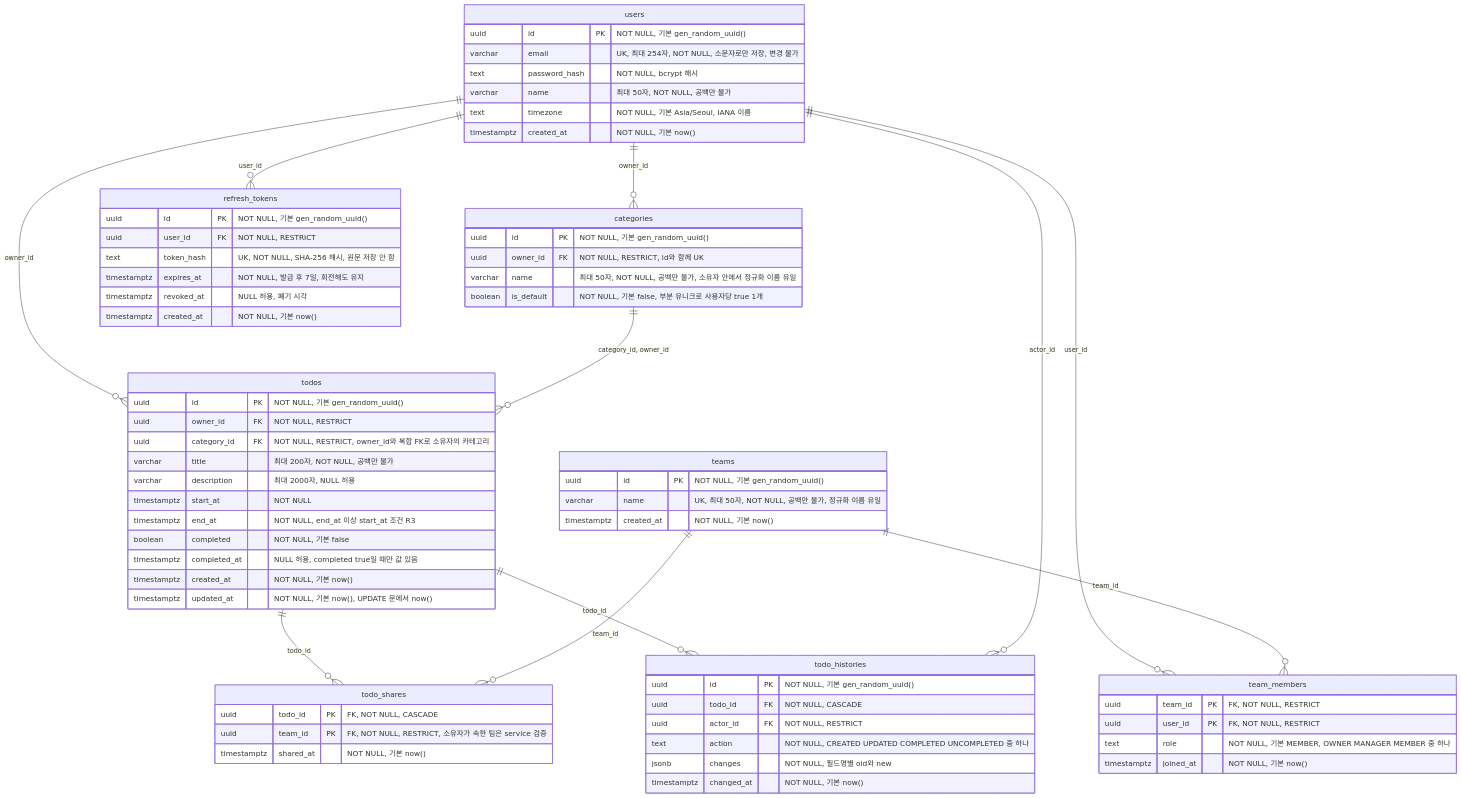
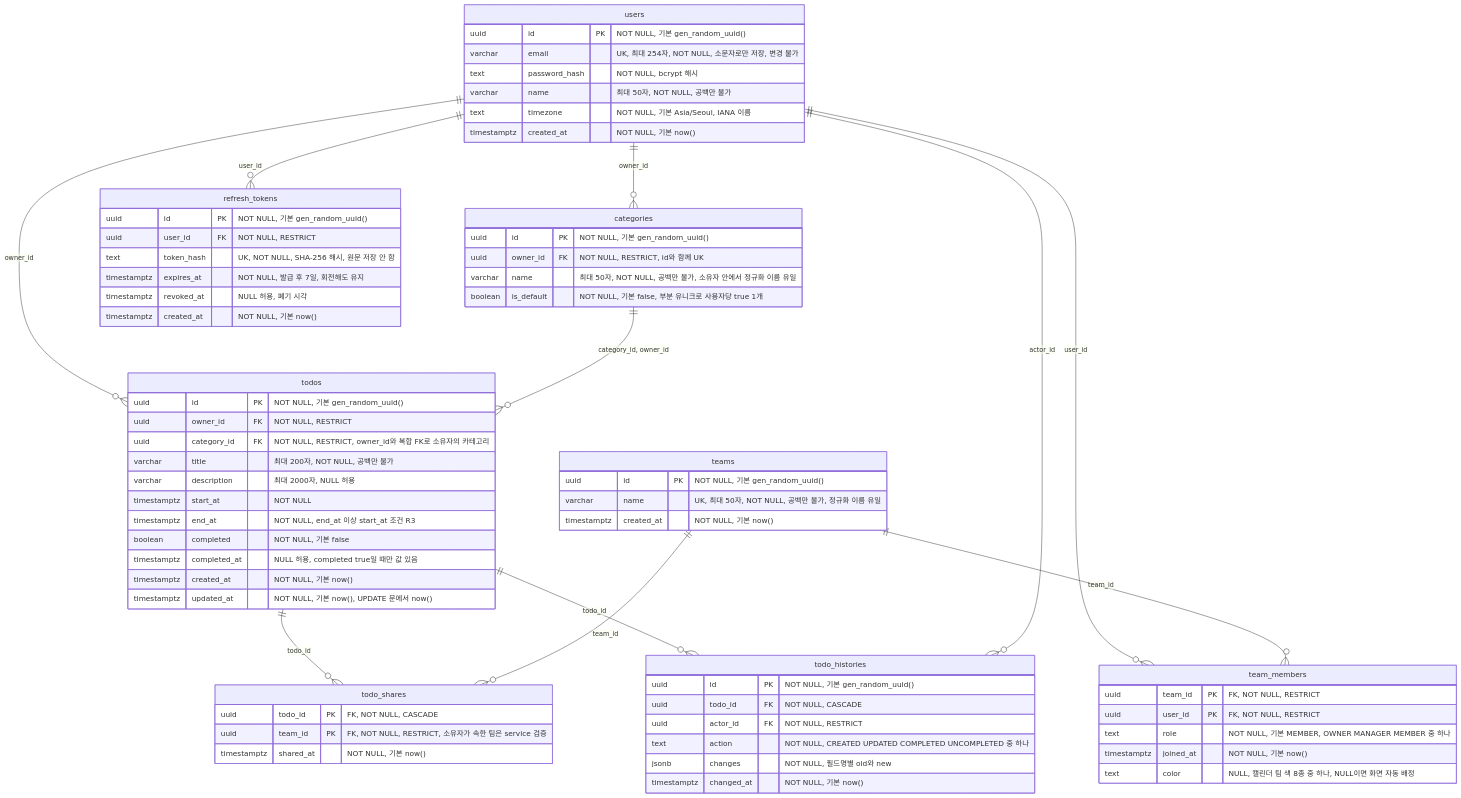
Before and after one commit to hjining-o/todolist-app: the diagram in docs/7-erd.md, drawn with Mermaid. The commit also changed other lines of this file and 11 other files, not shown here.

````diff
--- a/docs/7-erd.md
+++ b/docs/7-erd.md
@@ -37,73 +37,74 @@
 ```mermaid
 erDiagram
     users ||--o{ categories : "owner_id"
     users ||--o{ todos : "owner_id"
     users ||--o{ team_members : "user_id"
     teams ||--o{ team_members : "team_id"
     categories ||--o{ todos : "category_id, owner_id"
     todos ||--o{ todo_shares : "todo_id"
     teams ||--o{ todo_shares : "team_id"
     todos ||--o{ todo_histories : "todo_id"
     users ||--o{ todo_histories : "actor_id"
     users ||--o{ refresh_tokens : "user_id"
 
     users {
         uuid id PK "NOT NULL, 기본 gen_random_uuid()"
         varchar email "UK, 최대 254자, NOT NULL, 소문자로만 저장, 변경 불가"
         text password_hash "NOT NULL, bcrypt 해시"
         varchar name "최대 50자, NOT NULL, 공백만 불가"
         text timezone "NOT NULL, 기본 Asia/Seoul, IANA 이름"
         timestamptz created_at "NOT NULL, 기본 now()"
     }
     teams {
         uuid id PK "NOT NULL, 기본 gen_random_uuid()"
         varchar name "UK, 최대 50자, NOT NULL, 공백만 불가, 정규화 이름 유일"
         timestamptz created_at "NOT NULL, 기본 now()"
     }
     team_members {
         uuid team_id PK "FK, NOT NULL, RESTRICT"
         uuid user_id PK "FK, NOT NULL, RESTRICT"
         text role "NOT NULL, 기본 MEMBER, OWNER MANAGER MEMBER 중 하나"
         timestamptz joined_at "NOT NULL, 기본 now()"
+        text color "NULL, 캘린더 팀 색 8종 중 하나, NULL이면 화면 자동 배정"
     }
     categories {
         uuid id PK "NOT NULL, 기본 gen_random_uuid()"
         uuid owner_id FK "NOT NULL, RESTRICT, id와 함께 UK"
         varchar name "최대 50자, NOT NULL, 공백만 불가, 소유자 안에서 정규화 이름 유일"
         boolean is_default "NOT NULL, 기본 false, 부분 유니크로 사용자당 true 1개"
     }
     todos {
         uuid id PK "NOT NULL, 기본 gen_random_uuid()"
         uuid owner_id FK "NOT NULL, RESTRICT"
         uuid category_id FK "NOT NULL, RESTRICT, owner_id와 복합 FK로 소유자의 카테고리"
         varchar title "최대 200자, NOT NULL, 공백만 불가"
         varchar description "최대 2000자, NULL 허용"
         timestamptz start_at "NOT NULL"
         timestamptz end_at "NOT NULL, end_at 이상 start_at 조건 R3"
         boolean completed "NOT NULL, 기본 false"
         timestamptz completed_at "NULL 허용, completed true일 때만 값 있음"
         timestamptz created_at "NOT NULL, 기본 now()"
         timestamptz updated_at "NOT NULL, 기본 now(), UPDATE 문에서 now()"
     }
     todo_shares {
         uuid todo_id PK "FK, NOT NULL, CASCADE"
         uuid team_id PK "FK, NOT NULL, RESTRICT, 소유자가 속한 팀은 service 검증"
         timestamptz shared_at "NOT NULL, 기본 now()"
     }
     todo_histories {
         uuid id PK "NOT NULL, 기본 gen_random_uuid()"
         uuid todo_id FK "NOT NULL, CASCADE"
         uuid actor_id FK "NOT NULL, RESTRICT"
         text action "NOT NULL, CREATED UPDATED COMPLETED UNCOMPLETED 중 하나"
         jsonb changes "NOT NULL, 필드명별 old와 new"
         timestamptz changed_at "NOT NULL, 기본 now()"
     }
     refresh_tokens {
         uuid id PK "NOT NULL, 기본 gen_random_uuid()"
         uuid user_id FK "NOT NULL, RESTRICT"
         text token_hash "UK, NOT NULL, SHA-256 해시, 원문 저장 안 함"
         timestamptz expires_at "NOT NULL, 발급 후 7일, 회전해도 유지"
         timestamptz revoked_at "NULL 허용, 폐기 시각"
         timestamptz created_at "NOT NULL, 기본 now()"
     }
 ```
````
